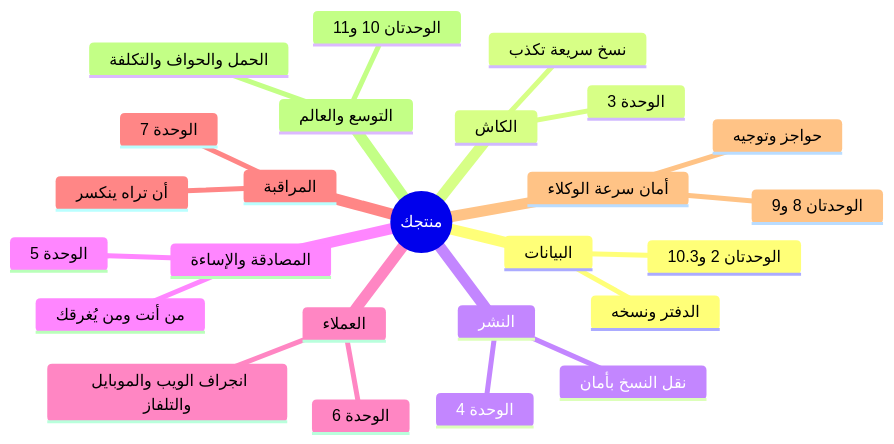
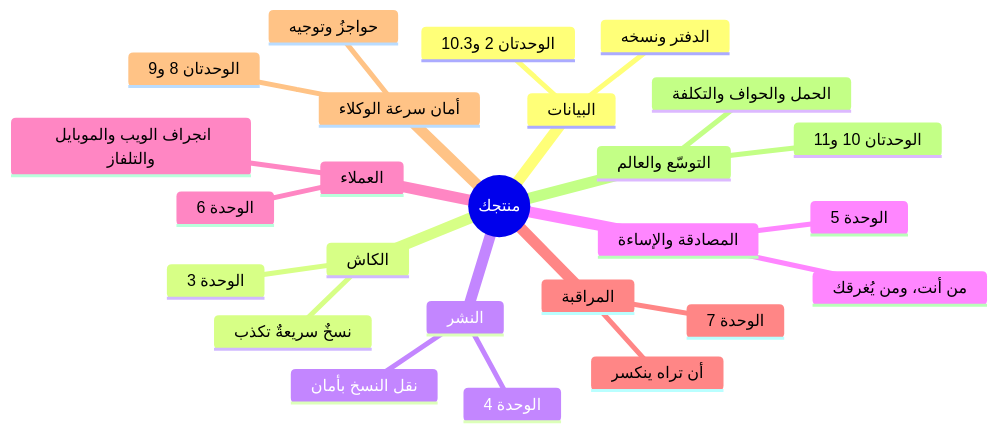
One commit to Tamoura/system-design-for-vibe-coders changed the second of 3 diagrams in modules/0-the-gap/the-gap.ar.md. Above: the diagram before and after it, drawn with Mermaid. The commit also changed other lines of this file and 1 other file, not shown here.

Commit message:
Rewrite Part 0 & Module 0 Arabic in natural flowing register

````diff
--- a/modules/0-the-gap/the-gap.ar.md
+++ b/modules/0-the-gap/the-gap.ar.md
@@ -99,28 +99,28 @@
 ```mermaid
 mindmap
   root((منتجك))
     البيانات
       الدفتر ونسخه
       الوحدتان 2 و10.3
     الكاش
-      نسخ سريعة تكذب
+      نسخٌ سريعةٌ تكذب
       الوحدة 3
     النشر
       نقل النسخ بأمان
       الوحدة 4
     المصادقة والإساءة
-      من أنت ومن يُغرقك
+      من أنت، ومن يُغرقك
       الوحدة 5
     العملاء
       انجراف الويب والموبايل والتلفاز
       الوحدة 6
     المراقبة
       أن تراه ينكسر
       الوحدة 7
     أمان سرعة الوكلاء
-      حواجز وتوجيه
+      حواجزُ وتوجيه
       الوحدتان 8 و9
-    التوسع والعالم
+    التوسّع والعالم
       الحمل والحواف والتكلفة
       الوحدتان 10 و11
 ```
````
